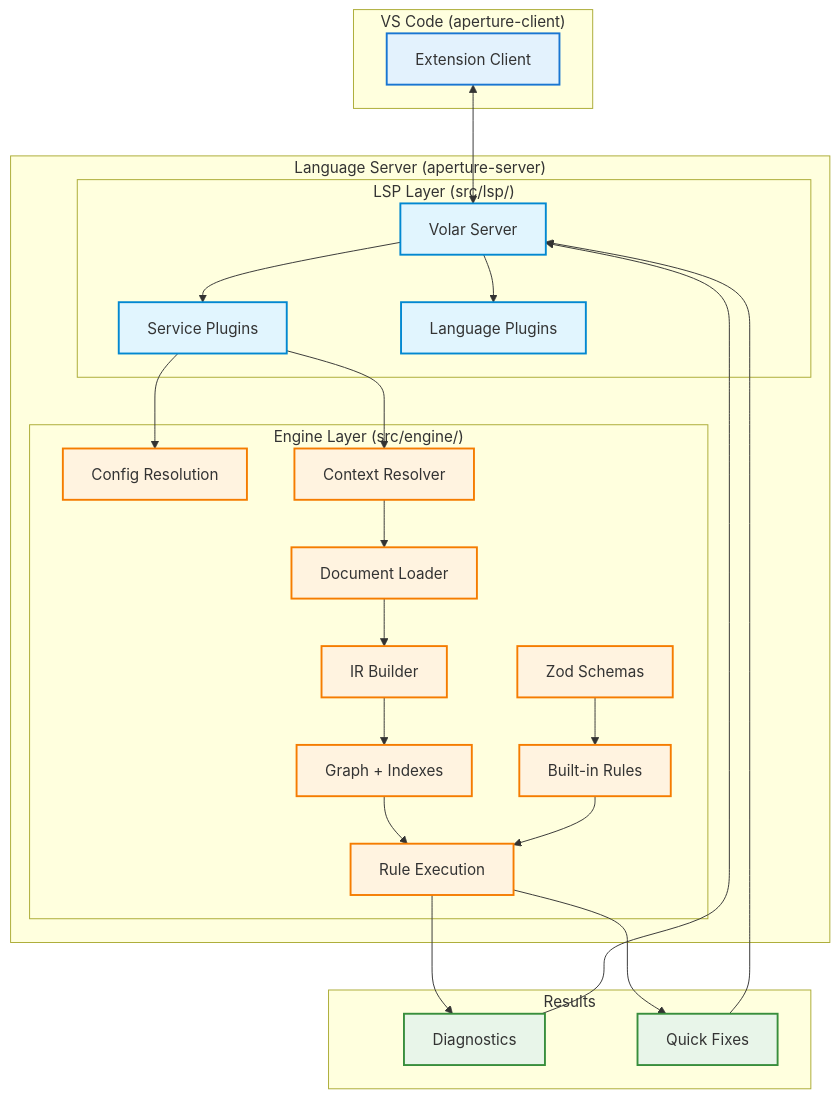
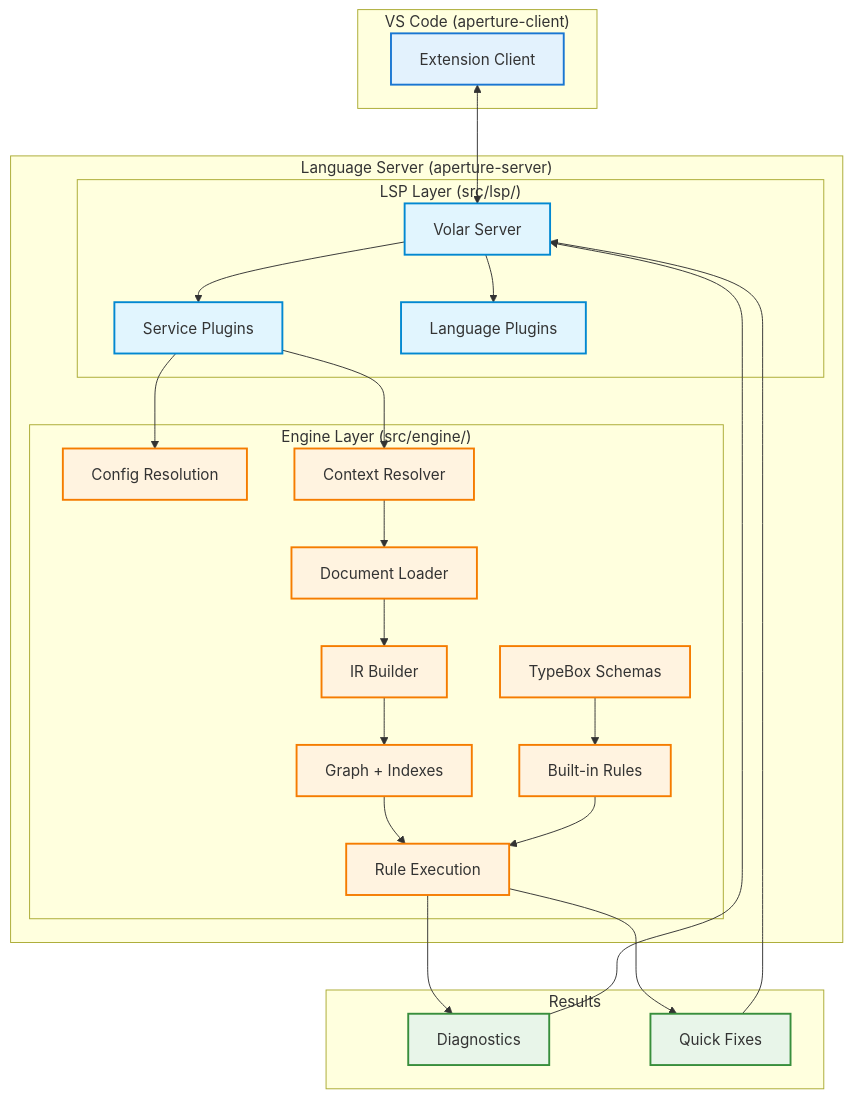
One commit to sailpoint-oss/telescope changed the first of 2 diagrams in ARCHITECTURE.md. Above: the diagram before and after it, drawn with Mermaid. The commit also changed other lines of this file and 6 other files, not shown here.

Commit message:
Update architecture and documentation to replace Zod with TypeBox schemas, reflecting changes in validation and rule structures. Increase built-in rules count in changelog and README files, and adjust example schemas accordingly.

````diff
--- a/ARCHITECTURE.md
+++ b/ARCHITECTURE.md
@@ -44,58 +44,58 @@
 ```mermaid
 flowchart TB
     subgraph Client["VS Code (aperture-client)"]
         Extension[Extension Client]
     end
 
     subgraph Server["Language Server (aperture-server)"]
         subgraph LSP["LSP Layer (src/lsp/)"]
             VolarServer["Volar Server"]
             Services["Service Plugins"]
             Languages["Language Plugins"]
         end
 
         subgraph Engine["Engine Layer (src/engine/)"]
             Config["Config Resolution"]
             Context["Context Resolver"]
             Loader["Document Loader"]
             IR["IR Builder"]
             Indexes["Graph + Indexes"]
             Execution["Rule Execution"]
             Rules["Built-in Rules"]
-            Schemas["Zod Schemas"]
+            Schemas["TypeBox Schemas"]
         end
     end
 
     subgraph Output["Results"]
         Diagnostics["Diagnostics"]
         Fixes["Quick Fixes"]
     end
 
     Extension <--> VolarServer
     VolarServer --> Services
     VolarServer --> Languages
     
     Services --> Config
     Services --> Context
     Context --> Loader
     Loader --> IR
     IR --> Indexes
     Indexes --> Execution
     Rules --> Execution
     Schemas --> Rules
     
     Execution --> Diagnostics
     Execution --> Fixes
     Diagnostics --> VolarServer
     Fixes --> VolarServer
 
     classDef client fill:#e3f2fd,stroke:#1976d2,stroke-width:2px
     classDef lsp fill:#e1f5fe,stroke:#0288d1,stroke-width:2px
     classDef engine fill:#fff3e0,stroke:#f57c00,stroke-width:2px
     classDef output fill:#e8f5e9,stroke:#388e3c,stroke-width:2px
 
     class Extension client
     class VolarServer,Services,Languages lsp
     class Config,Context,Loader,IR,Indexes,Execution,Rules,Schemas engine
     class Diagnostics,Fixes output
 ```
````
